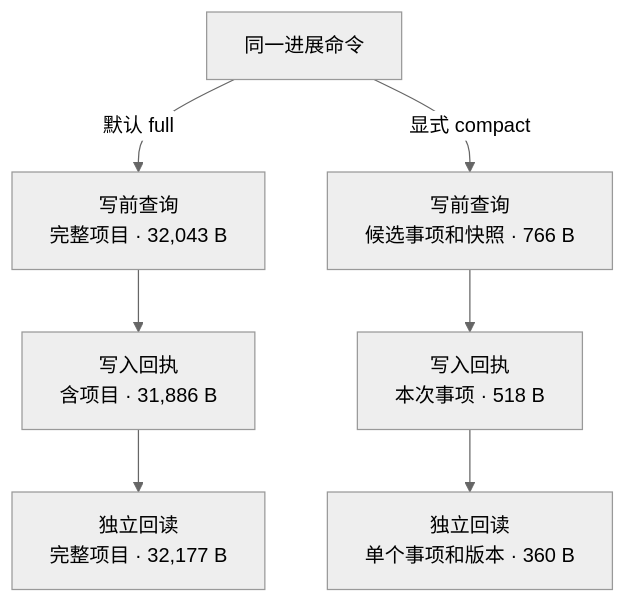
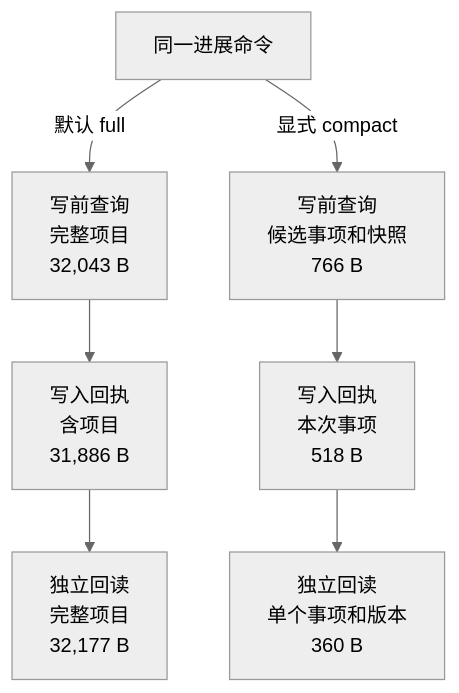
One commit to lqyq666/dingjiang-zhiji-2 changed the second of 2 diagrams in README.md. Above: the diagram before and after it, drawn with Mermaid (neutral theme). The commit also changed 5 other files, not shown here.

````diff
--- a/README.md
+++ b/README.md
@@ -106,10 +106,10 @@
 ```mermaid
 flowchart TD
   Job["同一进展命令"]
-  Job -->|"默认 full"| F1["写前查询<br/>完整项目 · 32,043 B"]
-  F1 --> F2["写入回执<br/>含项目 · 31,886 B"]
-  F2 --> F3["独立回读<br/>完整项目 · 32,177 B"]
-  Job -->|"显式 compact"| C1["写前查询<br/>候选事项和快照 · 766 B"]
-  C1 --> C2["写入回执<br/>本次事项 · 518 B"]
-  C2 --> C3["独立回读<br/>单个事项和版本 · 360 B"]
+  Job -->|"默认 full"| F1["写前查询<br/>完整项目<br/>32,043 B"]
+  F1 --> F2["写入回执<br/>含项目<br/>31,886 B"]
+  F2 --> F3["独立回读<br/>完整项目<br/>32,177 B"]
+  Job -->|"显式 compact"| C1["写前查询<br/>候选事项和快照<br/>766 B"]
+  C1 --> C2["写入回执<br/>本次事项<br/>518 B"]
+  C2 --> C3["独立回读<br/>单个事项和版本<br/>360 B"]
 ```
````
